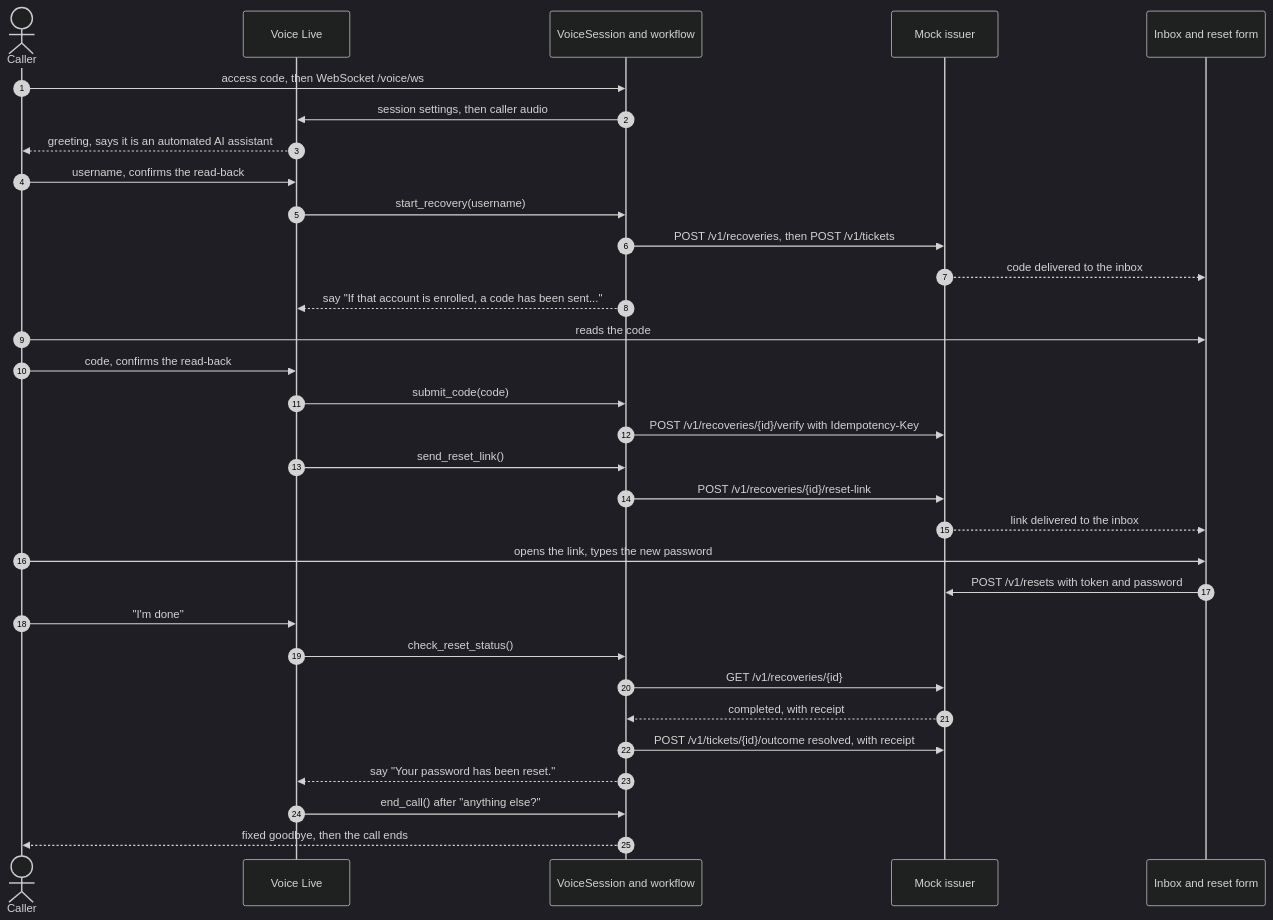
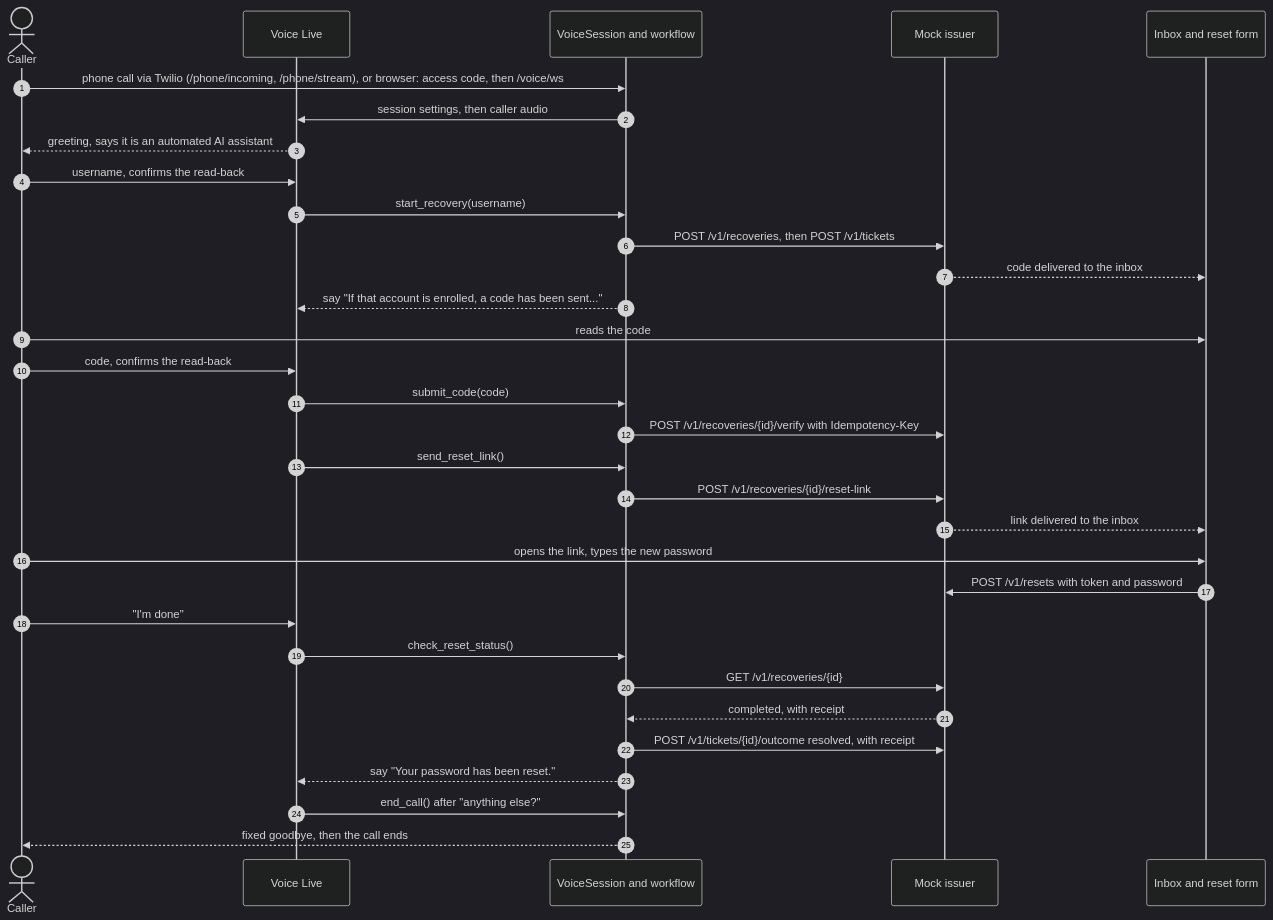
The second of 4 diagrams in solution/docs/architecture.md (GeorgeSindilar-Dev/voice-ai-interview-challenge), drawn with Mermaid (dark theme) before and after one commit. The commit also changed other lines of this file and 15 other files, not shown here.

````diff
--- a/solution/docs/architecture.md
+++ b/solution/docs/architecture.md
@@ -72,34 +79,34 @@
 ```mermaid
 sequenceDiagram
   autonumber
   actor C as Caller
   participant V as Voice Live
   participant S as VoiceSession and workflow
   participant I as Mock issuer
   participant X as Inbox and reset form
-  C->>S: access code, then WebSocket /voice/ws
+  C->>S: phone call via Twilio (/phone/incoming, /phone/stream), or browser: access code, then /voice/ws
   S->>V: session settings, then caller audio
   V-->>C: greeting, says it is an automated AI assistant
   C->>V: username, confirms the read-back
   V->>S: start_recovery(username)
   S->>I: POST /v1/recoveries, then POST /v1/tickets
   I-->>X: code delivered to the inbox
   S-->>V: say "If that account is enrolled, a code has been sent..."
   C->>X: reads the code
   C->>V: code, confirms the read-back
   V->>S: submit_code(code)
   S->>I: POST /v1/recoveries/{id}/verify with Idempotency-Key
   V->>S: send_reset_link()
   S->>I: POST /v1/recoveries/{id}/reset-link
   I-->>X: link delivered to the inbox
   C->>X: opens the link, types the new password
   X->>I: POST /v1/resets with token and password
   C->>V: "I'm done"
   V->>S: check_reset_status()
   S->>I: GET /v1/recoveries/{id}
   I-->>S: completed, with receipt
   S->>I: POST /v1/tickets/{id}/outcome resolved, with receipt
   S-->>V: say "Your password has been reset."
   V->>S: end_call() after "anything else?"
   S-->>C: fixed goodbye, then the call ends
 ```
````
